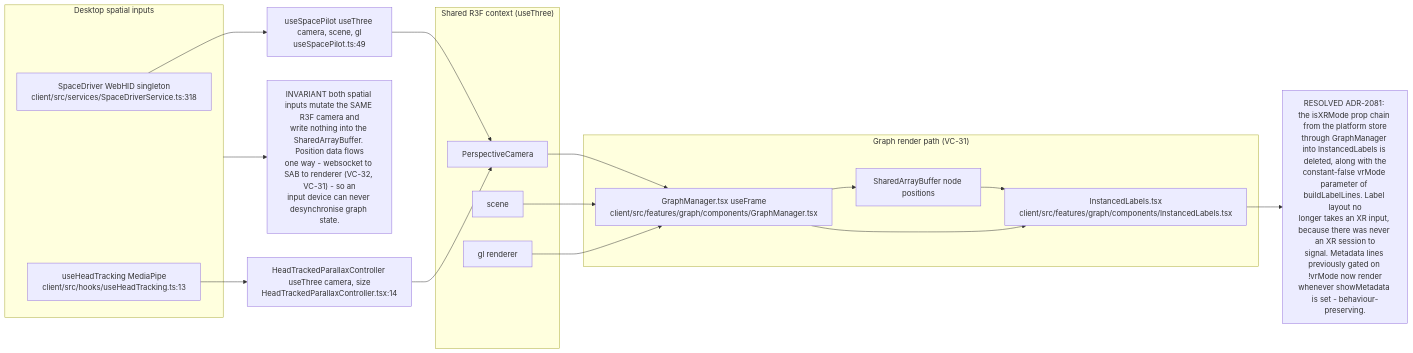
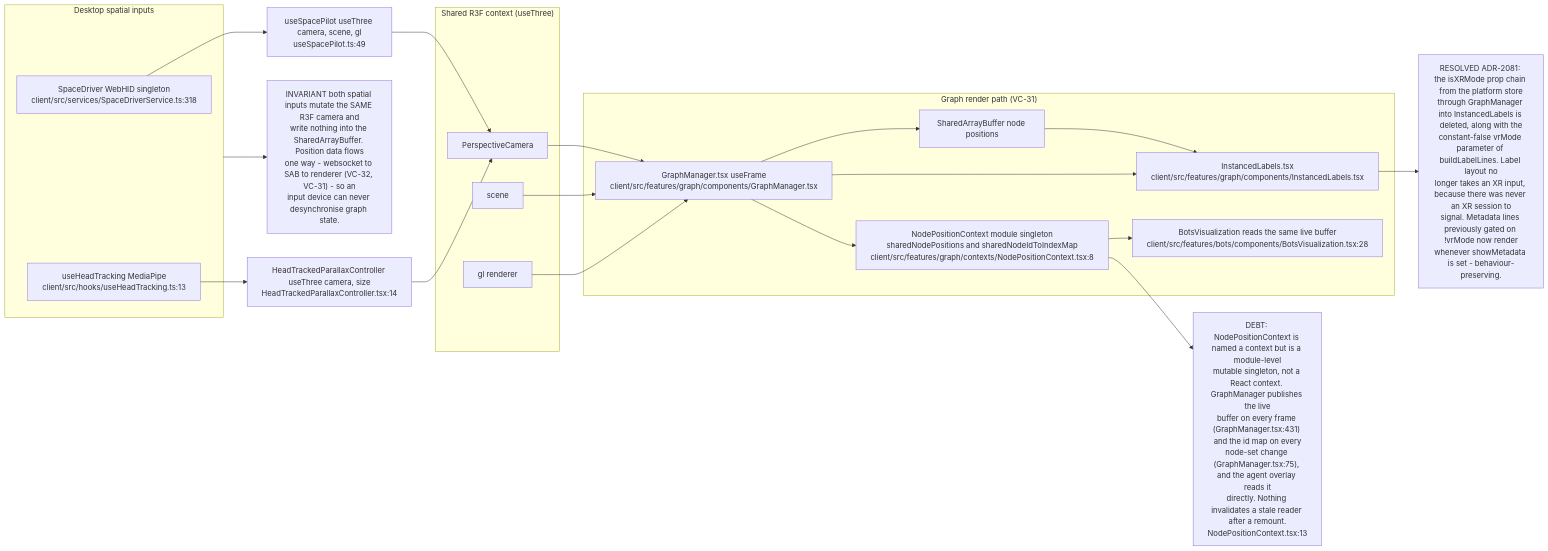
The seventh of 8 diagrams in docs/diagrams/visionclaw/37-browser-xr-and-desktop-input.md (DreamLab-AI/VisionFlow), drawn with Mermaid before and after one commit. The commit also changed other lines of this file and 32 other files, not shown here.

````diff
--- a/docs/diagrams/visionclaw/37-browser-xr-and-desktop-input.md
+++ b/docs/diagrams/visionclaw/37-browser-xr-and-desktop-input.md
@@ -292,29 +294,35 @@
 ```mermaid
 flowchart LR
     subgraph inputs["Desktop spatial inputs"]
         SP["SpaceDriver WebHID singleton<br/>client/src/services/SpaceDriverService.ts:318"]
         HT["useHeadTracking MediaPipe<br/>client/src/hooks/useHeadTracking.ts:13"]
     end
     subgraph r3f["Shared R3F context (useThree)"]
         CAM["PerspectiveCamera"]
         SCN["scene"]
         GL["gl renderer"]
     end
     subgraph graph["Graph render path (VC-31)"]
         GMx["GraphManager.tsx useFrame<br/>client/src/features/graph/components/GraphManager.tsx"]
         SAB["SharedArrayBuffer node positions"]
         ILx["InstancedLabels.tsx<br/>client/src/features/graph/components/InstancedLabels.tsx"]
+        NPC["NodePositionContext module singleton<br/>sharedNodePositions and sharedNodeIdToIndexMap<br/>client/src/features/graph/contexts/NodePositionContext.tsx:8"]
+        BVx["BotsVisualization reads the same live buffer<br/>client/src/features/bots/components/BotsVisualization.tsx:28"]
     end
     SP --> HKx["useSpacePilot useThree camera, scene, gl<br/>useSpacePilot.ts:49"] --> CAM
     HT --> HPCx["HeadTrackedParallaxController useThree camera, size<br/>HeadTrackedParallaxController.tsx:14"] --> CAM
     CAM --> GMx
     SCN --> GMx
     GL --> GMx
     GMx --> SAB
     SAB --> ILx
     GMx --> ILx
+    GMx --> NPC
+    NPC --> BVx
     ILx --> NOTE1
     NOTE1["RESOLVED ADR-2081: the isXRMode prop chain from the platform store<br/>through GraphManager into InstancedLabels is deleted, along with the<br/>constant-false vrMode parameter of buildLabelLines. Label layout no<br/>longer takes an XR input, because there was never an XR session to<br/>signal. Metadata lines previously gated on !vrMode now render<br/>whenever showMetadata is set - behaviour-preserving."]
     inputs --> NOTE2
     NOTE2["INVARIANT both spatial inputs mutate the SAME R3F camera and<br/>write nothing into the SharedArrayBuffer. Position data flows<br/>one way - websocket to SAB to renderer (VC-32, VC-31) - so an<br/>input device can never desynchronise graph state."]
+    NPC --> NOTE3
+    NOTE3["DEBT: NodePositionContext is named a context but is a module-level<br/>mutable singleton, not a React context. GraphManager publishes the live<br/>buffer on every frame (GraphManager.tsx:431) and the id map on every<br/>node-set change (GraphManager.tsx:75), and the agent overlay reads it<br/>directly. Nothing invalidates a stale reader after a remount.<br/>NodePositionContext.tsx:13"]
 ```
````
